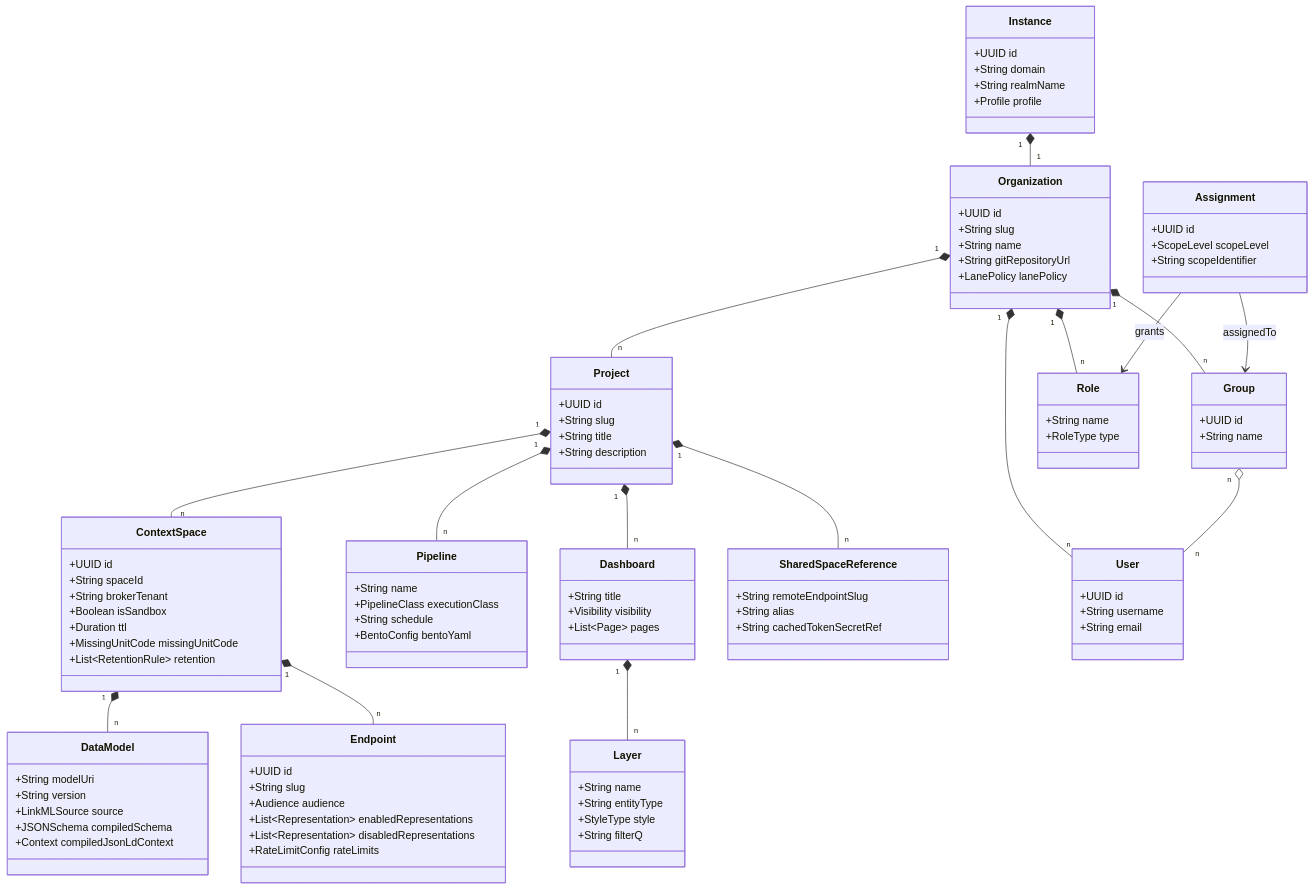
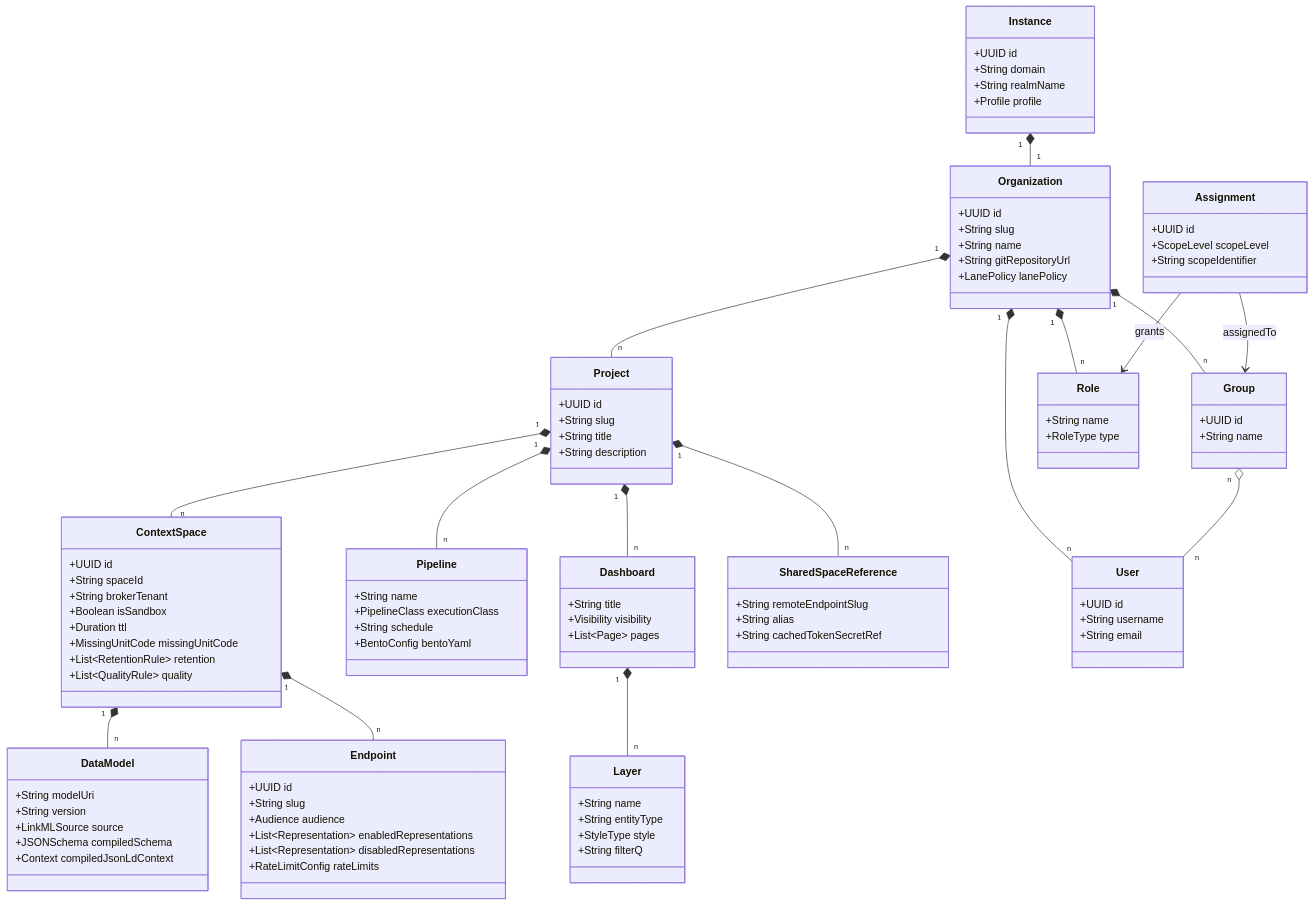
Before and after one commit to marek-mraz-jc/joinedcontext-docs: the first of 2 diagrams in Architecture/03-domain-model.md, drawn with Mermaid. The commit also changed 1 other file, not shown here.

Commit message:
ADR-N-046, domain model: spec.quality field rules (name, range, area, freshness bounds) (DM-86)

```diff
--- a/Architecture/03-domain-model.md
+++ b/Architecture/03-domain-model.md
@@ -42,6 +42,7 @@
         +Duration ttl
         +MissingUnitCode missingUnitCode
         +List~RetentionRule~ retention
+        +List~QualityRule~ quality
     }
 
     class DataModel {
```
